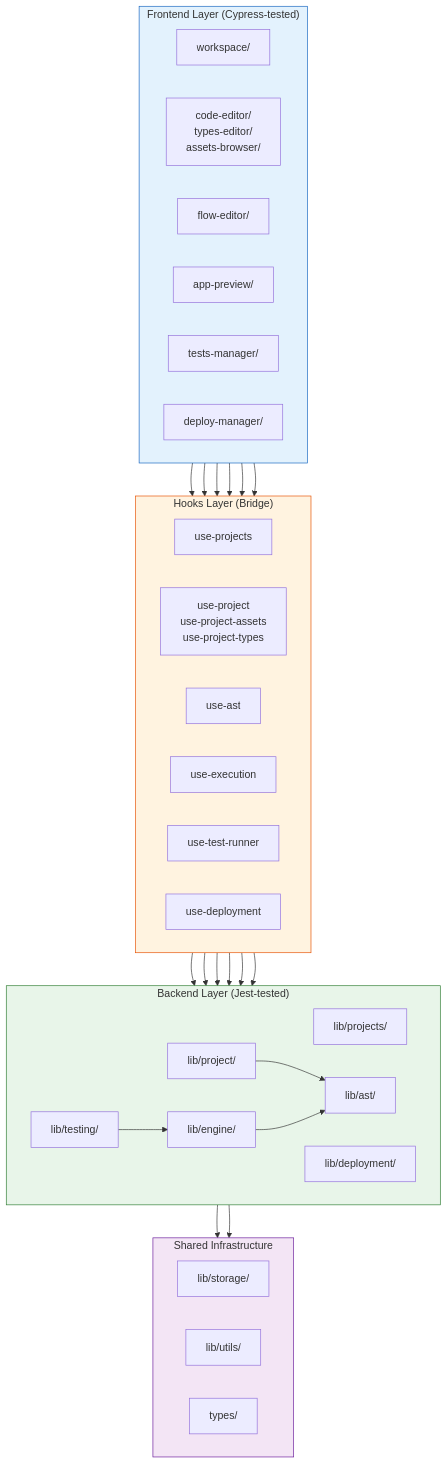
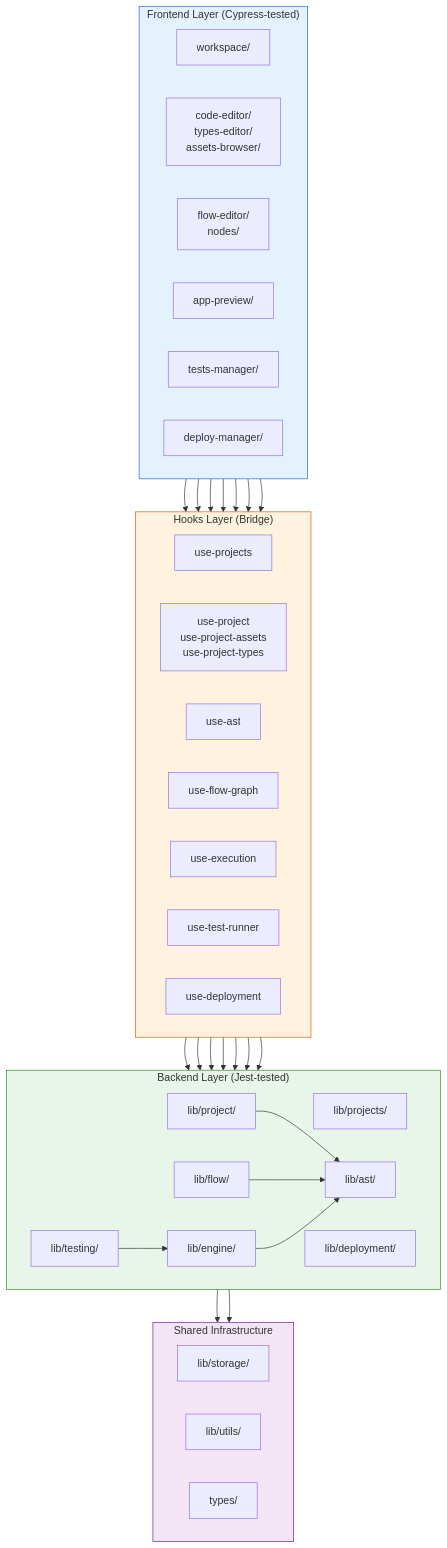
Before and after one commit to rimvydasb/open-modeler-ts: the second of 3 diagrams in docs/ARCHITECTURE.md, drawn with Mermaid. The commit also changed other lines of this file and 2 other files, not shown here.

Commit message:
refactor architecture documentation: enhance structure and clarify service definitions

````diff
--- a/docs/ARCHITECTURE.md
+++ b/docs/ARCHITECTURE.md
@@ -414,55 +446,60 @@
 ```mermaid
 graph TD
     subgraph Frontend["Frontend Layer (Cypress-tested)"]
         direction LR
         V1["workspace/"]
         V2["code-editor/<br/>types-editor/<br/>assets-browser/"]
-        V3["flow-editor/"]
+        V3["flow-editor/<br/>nodes/"]
         V4["app-preview/"]
         V5["tests-manager/"]
         V6["deploy-manager/"]
     end
 
     subgraph Hooks["Hooks Layer (Bridge)"]
         direction LR
         H1["use-projects"]
         H2["use-project<br/>use-project-assets<br/>use-project-types"]
         H3["use-ast"]
-        H4["use-execution"]
-        H5["use-test-runner"]
-        H6["use-deployment"]
+        H4["use-flow-graph"]
+        H5["use-execution"]
+        H6["use-test-runner"]
+        H7["use-deployment"]
     end
 
     subgraph Backend["Backend Layer (Jest-tested)"]
         direction LR
         S1["lib/projects/"]
         S2["lib/project/"]
         S3["lib/ast/"]
-        S4["lib/engine/"]
-        S5["lib/testing/"]
-        S6["lib/deployment/"]
+        S4["lib/flow/"]
+        S5["lib/engine/"]
+        S6["lib/testing/"]
+        S7["lib/deployment/"]
     end
 
     subgraph Shared["Shared Infrastructure"]
         direction LR
         ST["lib/storage/"]
         UT["lib/utils/"]
         TY["types/"]
     end
 
     V1 --> H1 --> S1
     V2 --> H2 --> S2
-    V3 --> H3 --> S3
-    V4 --> H4 --> S4
-    V5 --> H5 --> S5
-    V6 --> H6 --> S6
+    V3 --> H3 & H4
+    H3 --> S3
+    H4 --> S4
+    V4 --> H5 --> S5
+    V5 --> H6 --> S6
+    V6 --> H7 --> S7
     S1 --> ST
     S2 --> S3
     S2 --> ST
     S4 --> S3
-    S5 --> S4
+    S5 --> S3
+    S6 --> S5
     style Frontend fill: #e3f2fd, stroke: #1565c0
     style Hooks fill: #fff3e0, stroke: #e65100
     style Backend fill: #e8f5e9, stroke: #2e7d32
     style Shared fill: #f3e5f5, stroke: #6a1b9a
 ```
````
